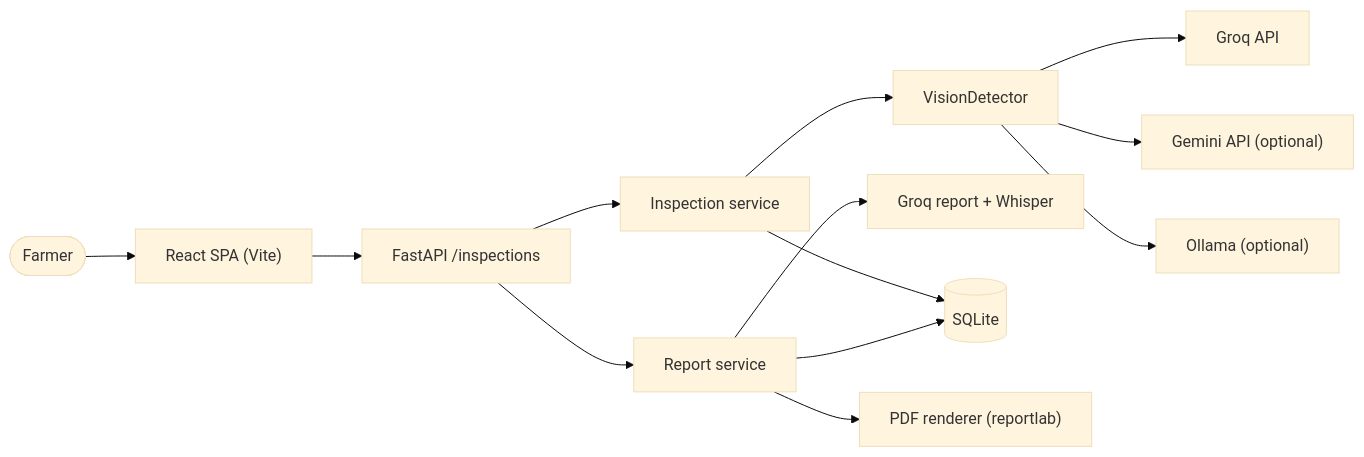
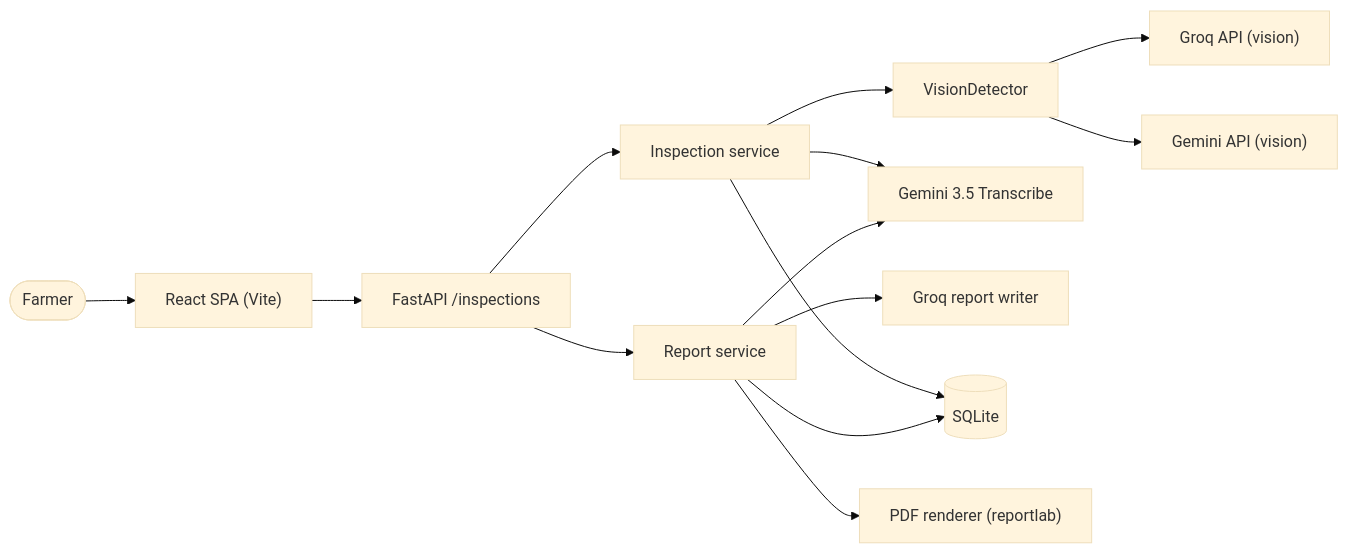
Before and after one commit to HamzaShafiq44/FieldMark: the first of 4 diagrams in ARCHITECTURE.md, drawn with Mermaid (base theme). The commit also changed other lines of this file and 16 other files, not shown here.

Commit message:
Updated README and ARCHITECTURE

````diff
--- a/ARCHITECTURE.md
+++ b/ARCHITECTURE.md
@@ -26,15 +147,16 @@
 ```mermaid
 flowchart LR
     Farmer([Farmer]) --> UI["React SPA (Vite)"]
     UI --> API["FastAPI /inspections"]
     API --> SVC["Inspection service"]
     API --> RPT["Report service"]
     SVC --> DET["VisionDetector"]
-    DET --> Groq["Groq API"]
-    DET --> Gemini["Gemini API (optional)"]
-    DET --> Ollama["Ollama (optional)"]
-    RPT --> ReportAI["Groq report + Whisper"]
+    DET --> Groq["Groq API (vision)"]
+    DET --> Gemini["Gemini API (vision)"]
+    SVC --> TRANS["Gemini 3.5 Transcribe"]
+    RPT --> TRANS
+    RPT --> ReportAI["Groq report writer"]
     SVC --> DB[("SQLite")]
     RPT --> DB
     RPT --> PDF["PDF renderer (reportlab)"]
 ```
````
